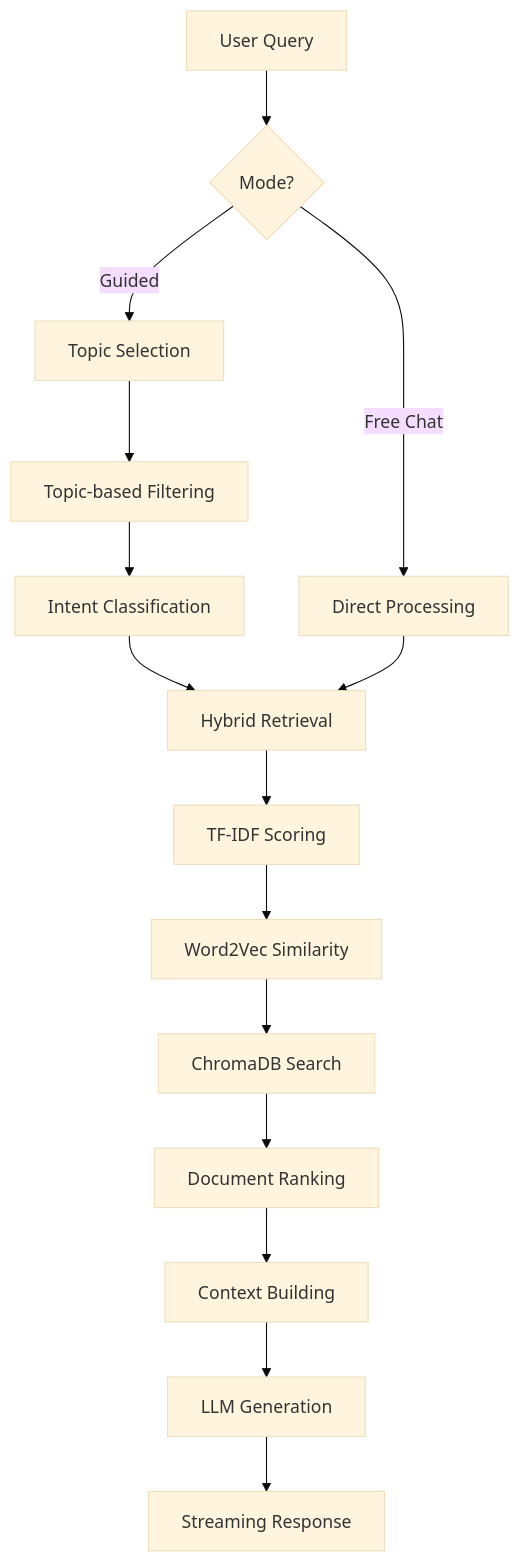
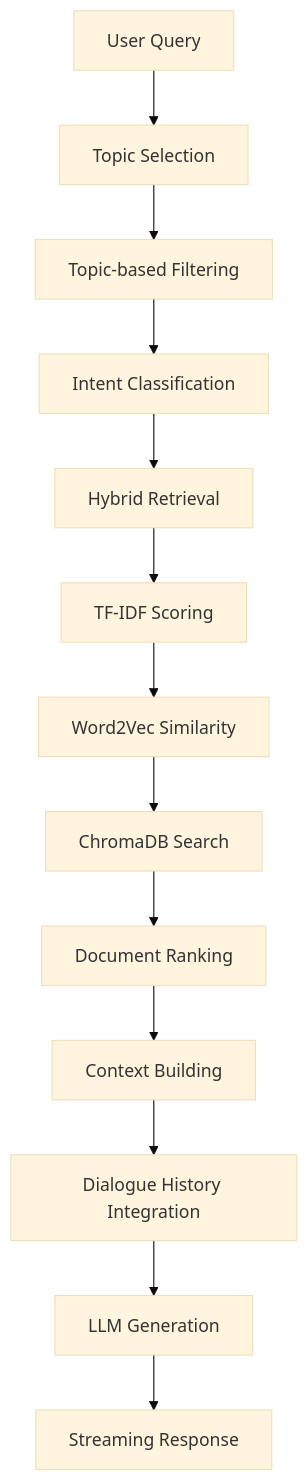
Before and after one commit to joamdlim/addu-admissions-chatbot: the second of 2 diagrams in COMPREHENSIVE_CHATBOT_FLOW_README.md, drawn with Mermaid (base theme). The commit also changed other lines of this file, not shown here.

````diff
--- a/COMPREHENSIVE_CHATBOT_FLOW_README.md
+++ b/COMPREHENSIVE_CHATBOT_FLOW_README.md
@@ -140,17 +144,15 @@
 ```mermaid
 graph TD
-    A[User Query] --> B{Mode?}
-    B -->|Free Chat| C[Direct Processing]
-    B -->|Guided| D[Topic Selection]
-    D --> E[Topic-based Filtering]
-    E --> F[Intent Classification]
-    F --> G[Hybrid Retrieval]
-    C --> G
-    G --> H[TF-IDF Scoring]
-    H --> I[Word2Vec Similarity]
-    I --> J[ChromaDB Search]
-    J --> K[Document Ranking]
-    K --> L[Context Building]
-    L --> M[LLM Generation]
-    M --> N[Streaming Response]
+    A[User Query] --> B[Topic Selection]
+    B --> C[Topic-based Filtering]
+    C --> D[Intent Classification]
+    D --> E[Hybrid Retrieval]
+    E --> F[TF-IDF Scoring]
+    F --> G[Word2Vec Similarity]
+    G --> H[ChromaDB Search]
+    H --> I[Document Ranking]
+    I --> J[Context Building]
+    J --> K[Dialogue History Integration]
+    K --> L[LLM Generation]
+    L --> M[Streaming Response]
 ```
````
